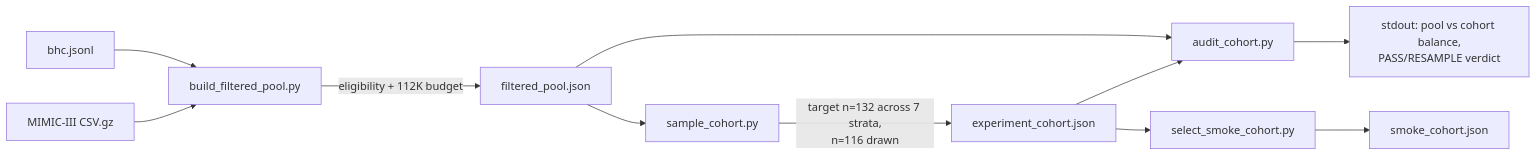
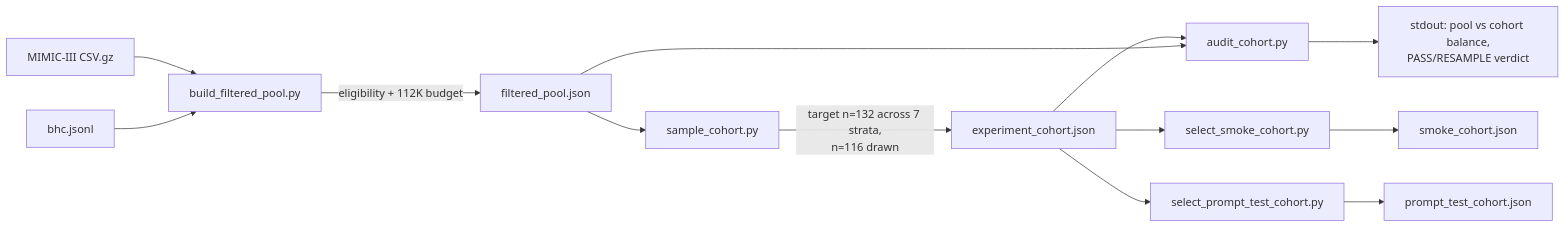
Before and after one commit to fau-masters-collected-works-cgarbin/mimic-bhc-generation: the first of 4 diagrams in README.md, drawn with Mermaid. The commit also changed other lines of this file and 13 other files, not shown here.

Commit message:
Add prompt test cohort and output length report

````diff
--- a/README.md
+++ b/README.md
@@ -398,13 +403,15 @@
 ```mermaid
 flowchart LR
     MIMIC["MIMIC-III CSV.gz"] --> POOL["build_filtered_pool.py"]
     BHC["bhc.jsonl"] --> POOL
     POOL -->|"eligibility + 112K budget"| FP["filtered_pool.json"]
     FP --> SAMPLE["sample_cohort.py"]
     SAMPLE -->|"target n=132 across 7 strata,<br>n=116 drawn"| EXP["experiment_cohort.json"]
     EXP --> AUDIT["audit_cohort.py"]
     FP --> AUDIT
     AUDIT --> AUD["stdout: pool vs cohort balance,<br>PASS/RESAMPLE verdict"]
     EXP --> SMOKE["select_smoke_cohort.py"]
     SMOKE --> SC["smoke_cohort.json"]
+    EXP --> PROMPTTEST["select_prompt_test_cohort.py"]
+    PROMPTTEST --> PTC["prompt_test_cohort.json"]
 ```
````
